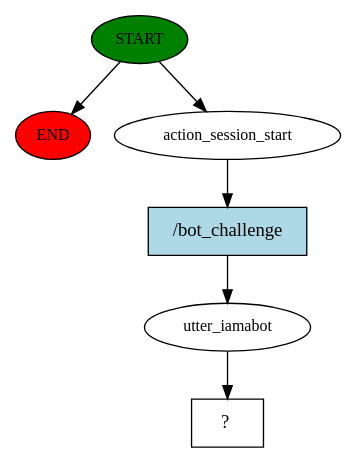
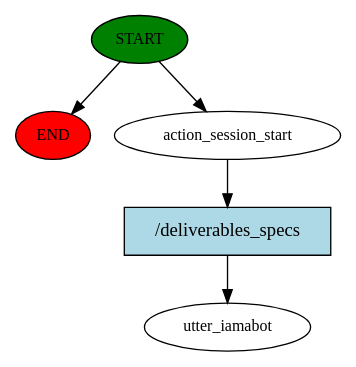
Before and after one commit to TheGreatBuddo/Twin-Cities-Engineering-Chatbot: the diagram in model/story_graph.dot, drawn with Graphviz. The commit also changed 7 other files, not shown here.

```diff
--- a/model/story_graph.dot
+++ b/model/story_graph.dot
@@ -1,13 +1,11 @@
 digraph  {
 0 [class="start active", fillcolor=green, fontsize=12, label=START, style=filled];
 "-1" [class=end, fillcolor=red, fontsize=12, label=END, style=filled];
 1 [class=active, fontsize=12, label=action_session_start];
-2 [class=active, fontsize=12, label=utter_iamabot];
-3 [class="intent dashed active", label="  ?  ", shape=rect];
-4 [class="intent active", fillcolor=lightblue, label="/bot_challenge", shape=rect, style=filled];
+2 [class="dashed active", fontsize=12, label=utter_iamabot];
+3 [class="intent active", fillcolor=lightblue, label="/deliverables_specs", shape=rect, style=filled];
 0 -> "-1"  [class="", key=NONE, label=""];
 0 -> 1  [class=active, key=NONE, label=""];
-1 -> 4  [class=active, key=0];
-2 -> 3  [class=active, key=NONE, label=""];
-4 -> 2  [class=active, key=0];
+1 -> 3  [class=active, key=0];
+3 -> 2  [class=active, key=0];
 }
```
